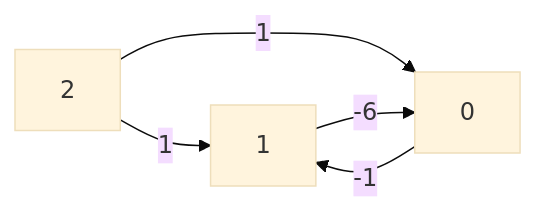
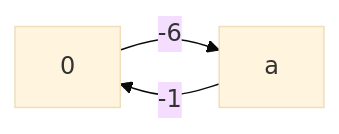
Before and after one commit to bathan1/caprice-lang: the fourth of 4 diagrams in docs/blue3.md, drawn with Mermaid (base theme). The commit also changed other lines of this file and 2 other files, not shown here.

````diff
--- a/docs/blue3.md
+++ b/docs/blue3.md
@@ -78,7 +251,8 @@
 ```mermaid
 graph LR
-  n1["1"] -->|"-6"| n0["0"]
-  n0 -->|"-1"| n1
-  n2["2"] -->|"1"| n0
-  n2 -->|"1"| n1
+  n0["0"]
+  na["a"]
+
+  n0 -->|"-6"| na
+  na -->|"-1"| n0
 ```
````
